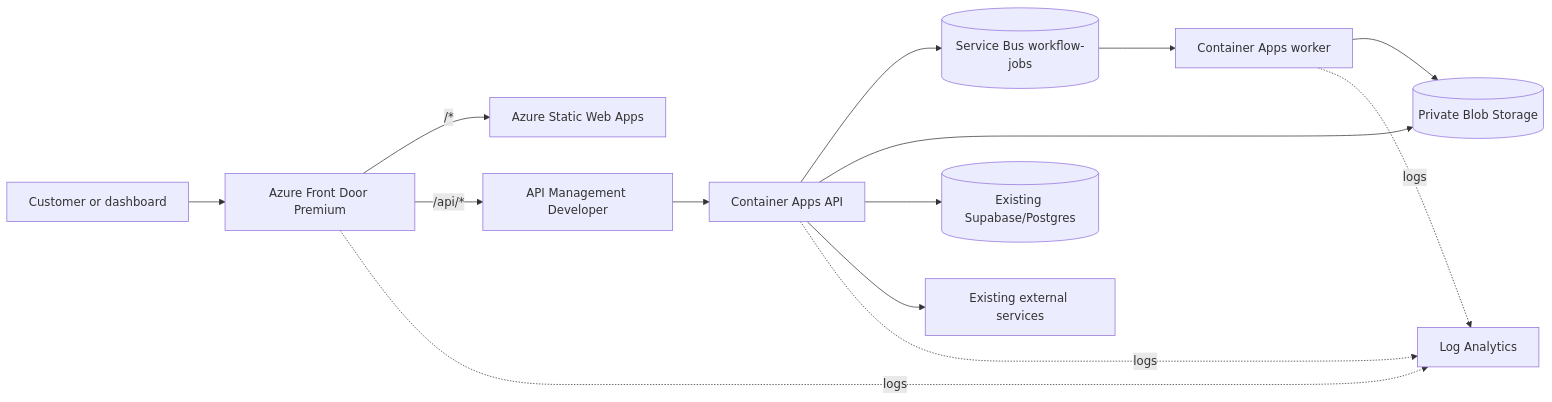
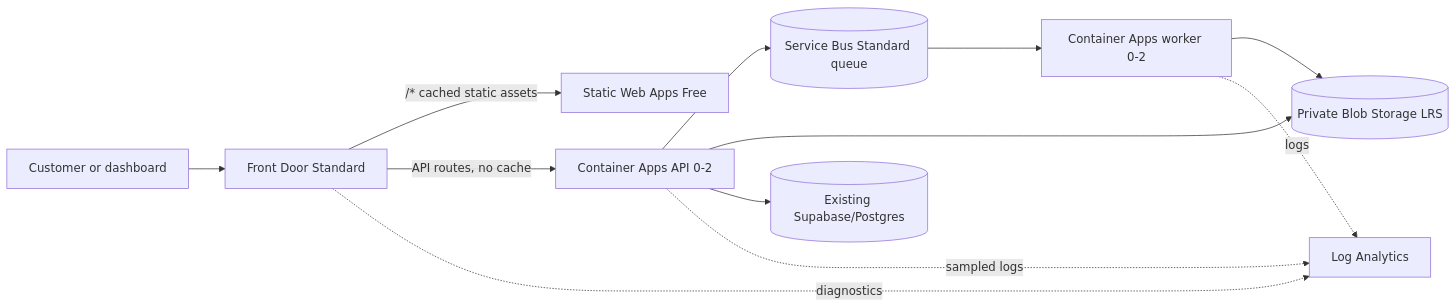
One commit to Tejaswin846/nexora-ai changed the diagram in docs/azure-pillar-1-architecture.md. Above: the diagram before and after it, drawn with Mermaid. The commit also changed other lines of this file and 39 other files, not shown here.

````diff
--- a/docs/azure-pillar-1-architecture.md
+++ b/docs/azure-pillar-1-architecture.md
@@ -5,16 +5,14 @@
 ```mermaid
 flowchart LR
-    User[Customer or dashboard] --> AFD[Azure Front Door Premium]
-    AFD -->|/*| SWA[Azure Static Web Apps]
-    AFD -->|/api/*| APIM[API Management Developer]
-    APIM --> API[Container Apps API]
-    API --> SB[(Service Bus workflow-jobs)]
-    SB --> Worker[Container Apps worker]
-    API --> Blob[(Private Blob Storage)]
+    User[Customer or dashboard] --> AFD[Front Door Standard]
+    AFD -->|/* cached static assets| SWA[Static Web Apps Free]
+    AFD -->|API routes, no cache| API[Container Apps API 0-2]
+    API --> SB[(Service Bus Standard queue)]
+    SB --> Worker[Container Apps worker 0-2]
+    API --> Blob[(Private Blob Storage LRS)]
     Worker --> Blob
     API --> Supabase[(Existing Supabase/Postgres)]
-    API --> External[Existing external services]
-    AFD -. logs .-> Logs[Log Analytics]
-    API -. logs .-> Logs
+    AFD -. diagnostics .-> Logs[Log Analytics]
+    API -. sampled logs .-> Logs
     Worker -. logs .-> Logs
 ```
````
